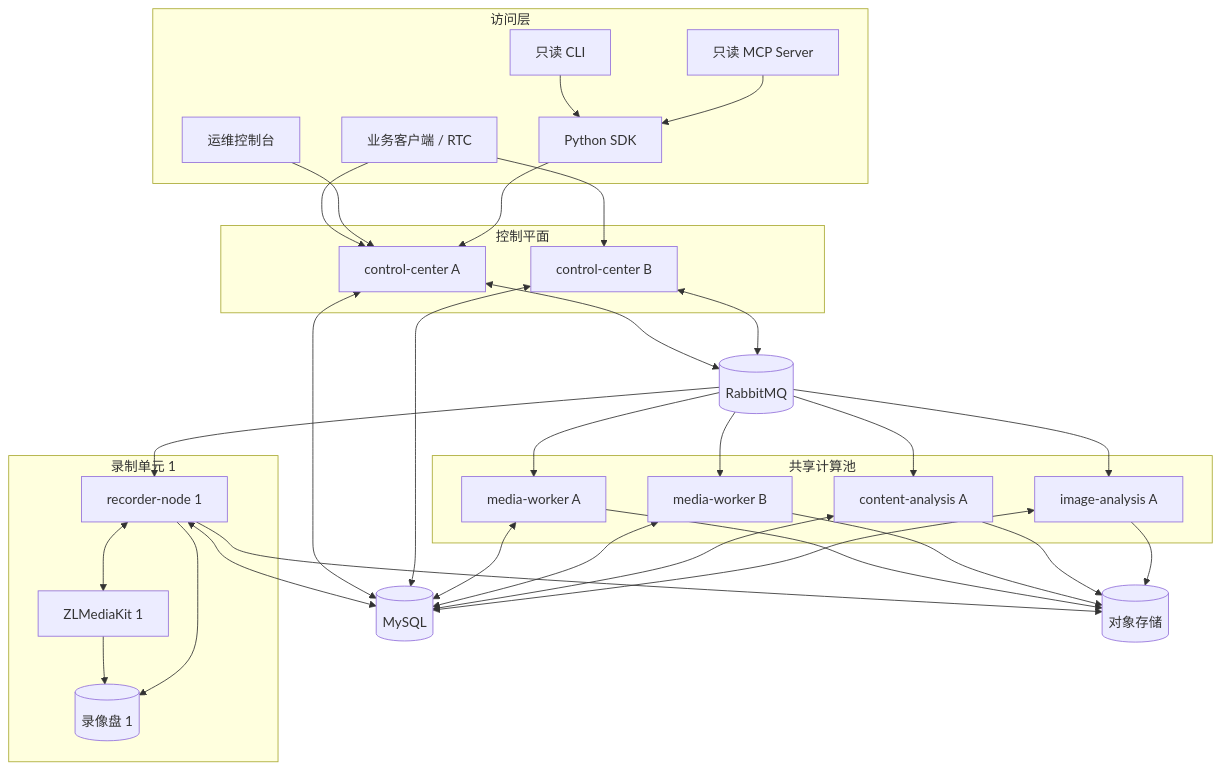
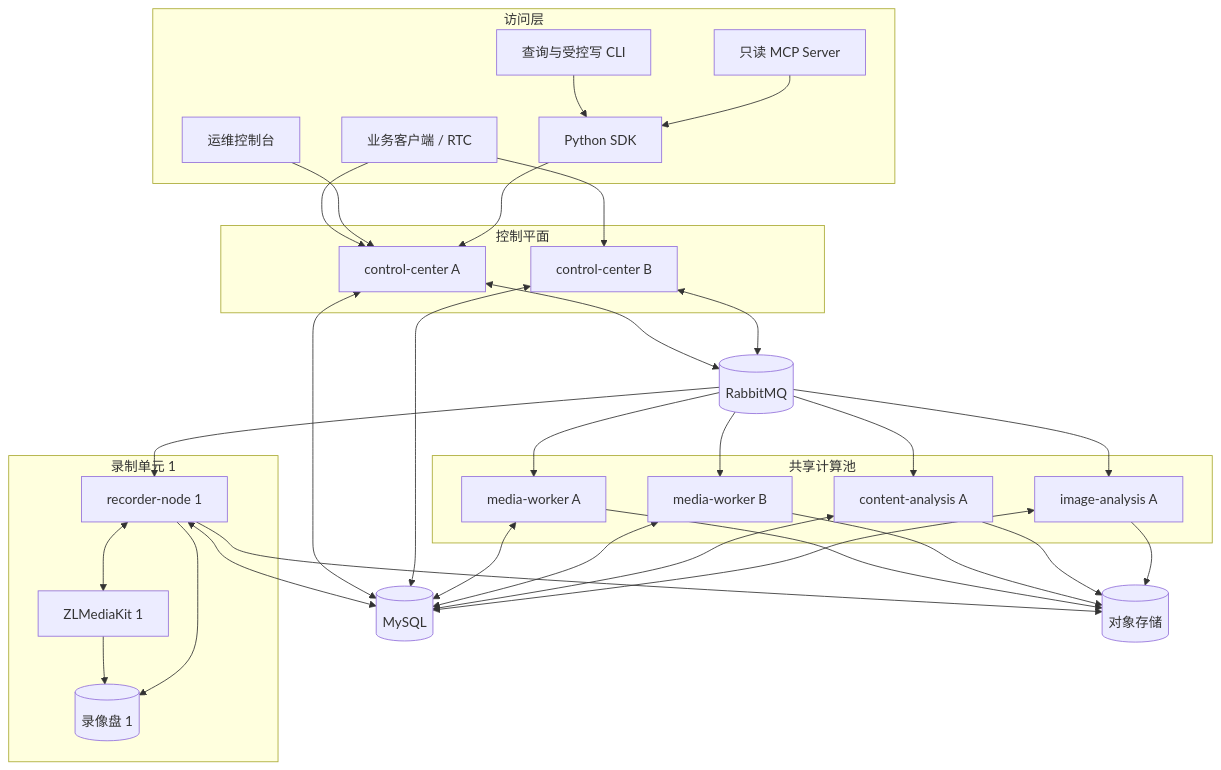
Before and after one commit to huxiaodong1989/MediaFleet: the first of 2 diagrams in docs/architecture/overview.md, drawn with Mermaid. The commit also changed 35 other files, not shown here.

````diff
--- a/docs/architecture/overview.md
+++ b/docs/architecture/overview.md
@@ -92,61 +92,61 @@
 ```mermaid
 flowchart TB
     subgraph Access[访问层]
         Client[业务客户端 / RTC]
         Ops[运维控制台]
         SDK[Python SDK]
-        CLI[只读 CLI]
+        CLI[查询与受控写 CLI]
         MCP[只读 MCP Server]
     end
 
     subgraph ControlPlane[控制平面]
         C1[control-center A]
         C2[control-center B]
     end
 
     DB[(MySQL)]
     MQ[(RabbitMQ)]
     Store[(对象存储)]
 
     subgraph RecordingUnit1[录制单元 1]
         R1[recorder-node 1]
         Z1[ZLMediaKit 1]
         D1[(录像盘 1)]
     end
 
     subgraph Compute[共享计算池]
         W1[media-worker A]
         W2[media-worker B]
         A1[content-analysis A]
         I1[image-analysis A]
     end
 
     Client --> C1
     Client --> C2
     Ops --> C1
     SDK --> C1
     CLI --> SDK
     MCP --> SDK
     C1 <--> DB
     C2 <--> DB
     C1 <--> MQ
     C2 <--> MQ
     MQ --> R1
     MQ --> W1
     MQ --> W2
     MQ --> A1
     MQ --> I1
     R1 <--> Z1
     Z1 --> D1
     R1 --> D1
     R1 --> Store
     W1 --> Store
     W2 --> Store
     A1 --> Store
     I1 --> Store
     R1 <--> DB
     W1 <--> DB
     W2 <--> DB
     A1 <--> DB
     I1 <--> DB
 ```
````
